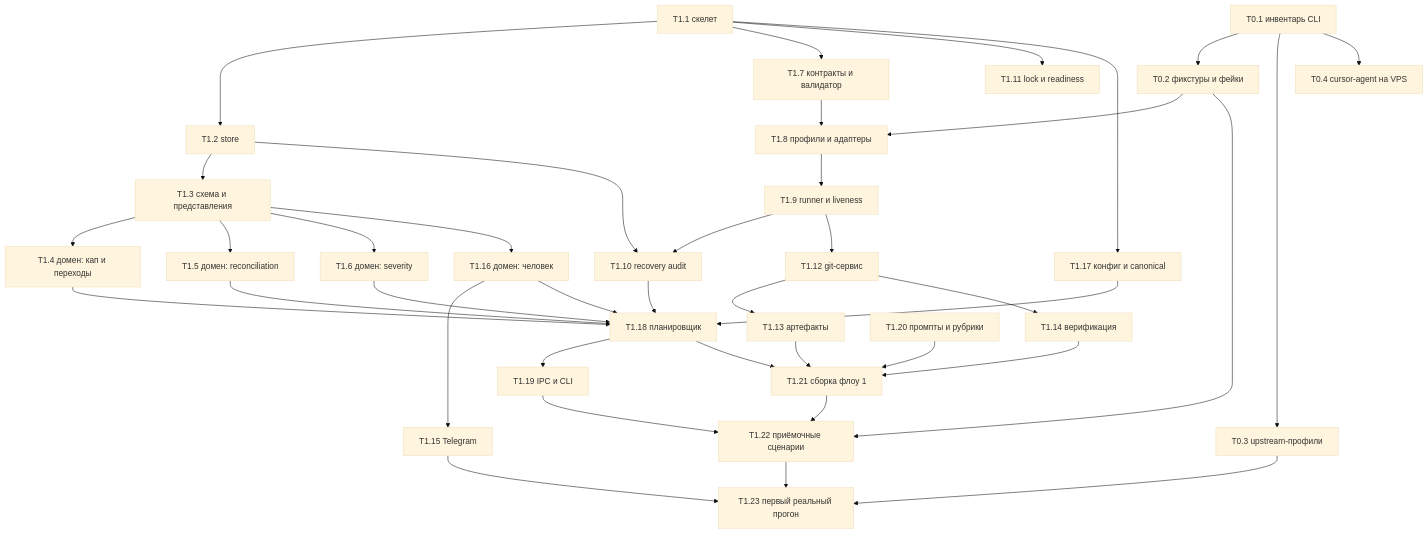
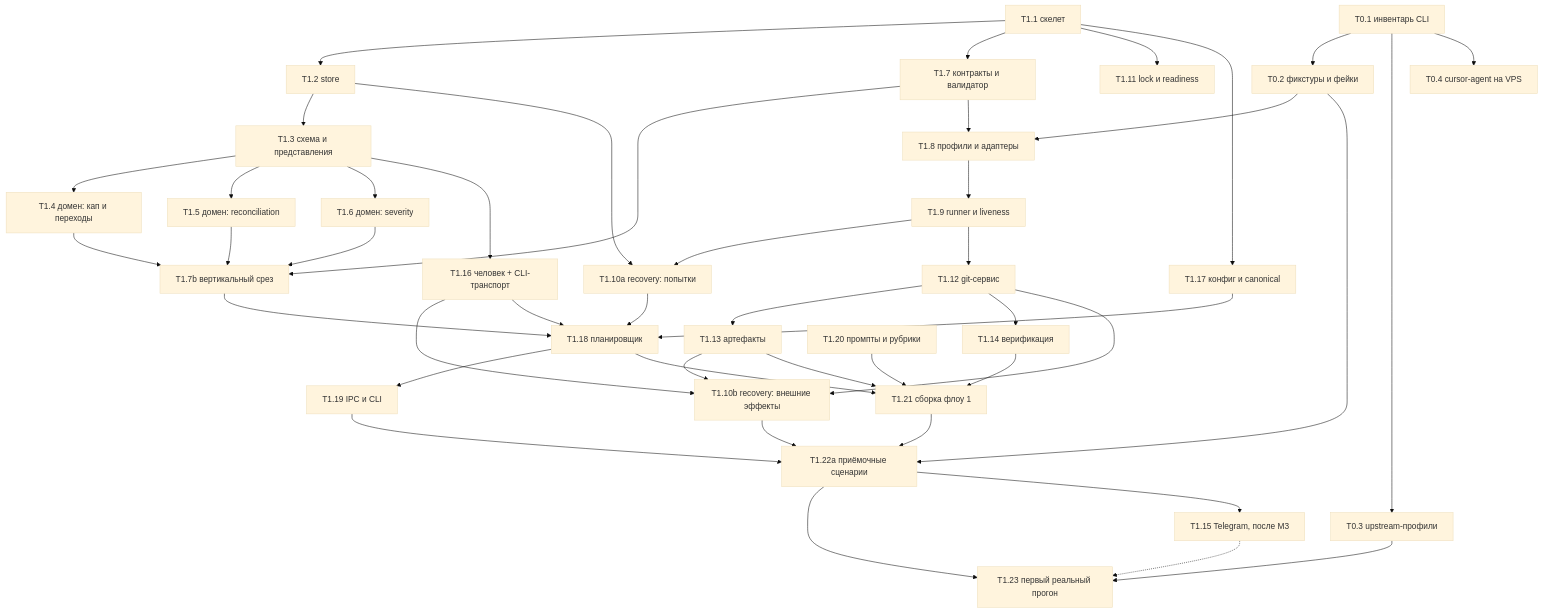
The diagram in docs/design/task-plans.md (Isqander/stable-metaswarm), drawn with Mermaid (base theme) before and after one commit. The commit also changed other lines of this file and 6 other files, not shown here.

````diff
--- a/docs/design/task-plans.md
+++ b/docs/design/task-plans.md
@@ -54,42 +60,48 @@
 ```mermaid
 flowchart TB
   T01[T0.1 инвентарь CLI] --> T02[T0.2 фикстуры и фейки]
   T01 --> T03[T0.3 upstream-профили]
   T01 --> T04[T0.4 cursor-agent на VPS]
 
   T11[T1.1 скелет] --> T12[T1.2 store]
   T12 --> T13[T1.3 схема и представления]
   T13 --> T14[T1.4 домен: кап и переходы]
   T13 --> T15[T1.5 домен: reconciliation]
   T13 --> T16[T1.6 домен: severity]
   T11 --> T17[T1.7 контракты и валидатор]
+  T14 --> T17b[T1.7b вертикальный срез]
+  T15 --> T17b
+  T16 --> T17b
+  T17 --> T17b
   T02 --> T18[T1.8 профили и адаптеры]
   T17 --> T18
   T18 --> T19[T1.9 runner и liveness]
-  T19 --> T110[T1.10 recovery audit]
-  T12 --> T110
+  T19 --> T110a[T1.10a recovery: попытки]
+  T12 --> T110a
   T11 --> T111[T1.11 lock и readiness]
   T19 --> T112[T1.12 git-сервис]
   T112 --> T113[T1.13 артефакты]
   T112 --> T114[T1.14 верификация]
-  T13 --> T116[T1.16 домен: человек]
-  T116 --> T115[T1.15 Telegram]
+  T13 --> T116[T1.16 человек + CLI-транспорт]
+  T112 --> T110b[T1.10b recovery: внешние эффекты]
+  T113 --> T110b
+  T116 --> T110b
   T11 --> T117[T1.17 конфиг и canonical]
-  T14 --> T118[T1.18 планировщик]
-  T15 --> T118
-  T16 --> T118
-  T110 --> T118
+  T17b --> T118[T1.18 планировщик]
+  T110a --> T118
   T117 --> T118
+  T116 --> T118
   T118 --> T119[T1.19 IPC и CLI]
-  T116 --> T118
   T113 --> T121[T1.21 сборка флоу 1]
   T114 --> T121
   T118 --> T121
   T120[T1.20 промпты и рубрики] --> T121
-  T119 --> T122[T1.22 приёмочные сценарии]
+  T119 --> T122[T1.22a приёмочные сценарии]
   T121 --> T122
+  T110b --> T122
   T02 --> T122
   T122 --> T123[T1.23 первый реальный прогон]
-  T115 --> T123
   T03 --> T123
+  T122 --> T115[T1.15 Telegram, после M3]
+  T115 -.-> T123
 ```
````
